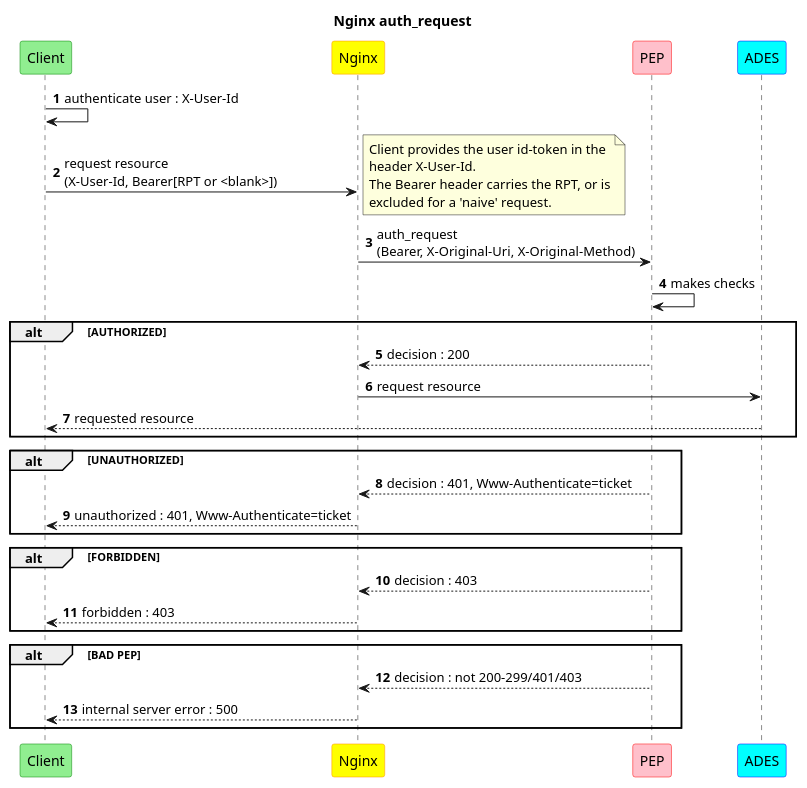
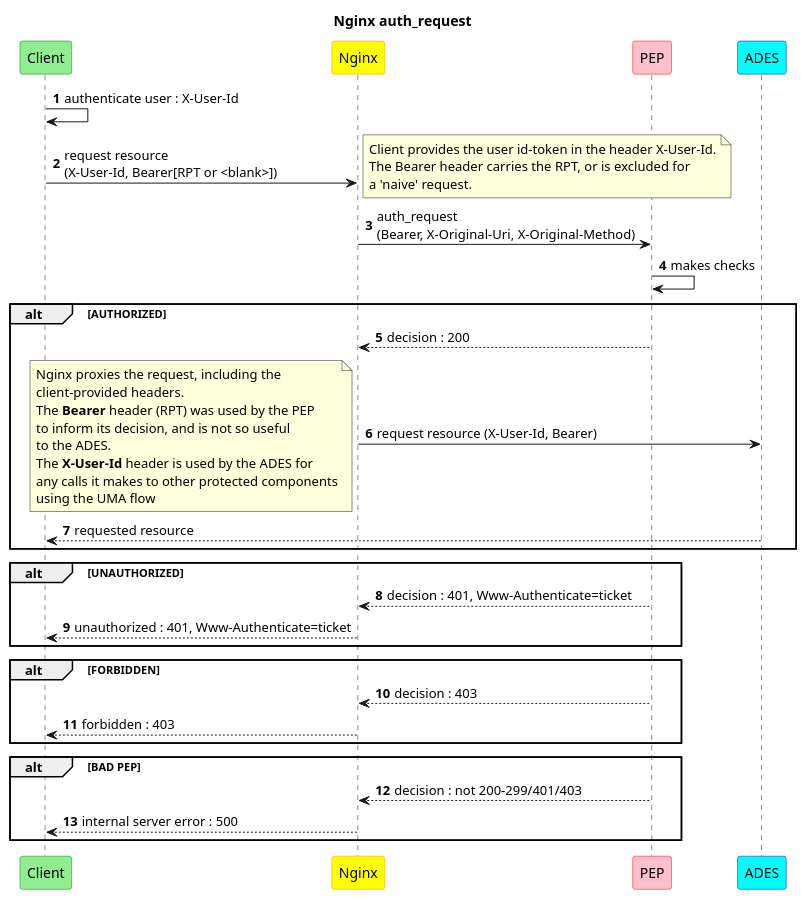
The diagram in uml/nginx-auth_request-seq.puml (rconway/peptest), drawn with PlantUML before and after one commit. The commit also changed 1 other file, not shown here.

Commit message:
Update notes for sequence diagram

```diff
--- a/uml/nginx-auth_request-seq.puml
+++ b/uml/nginx-auth_request-seq.puml
@@ -1,61 +1,70 @@
 @startuml
 title Nginx auth_request
 
 hide stereotype
 
 skinparam participant<<client>> {
   BackgroundColor LightGreen
   BorderColor Green
 }
 skinparam participant<<nginx>> {
   BackgroundColor Yellow
   BorderColor DarkOrange
 }
 skinparam participant<<pep>> {
   BackgroundColor Pink
   BorderColor Red
 }
 skinparam participant<<ades>> {
   BackgroundColor Cyan
   BorderColor Blue
 }
 
 participant "Client" as client<<client>> order 10
 participant "Nginx" as nginx<<nginx>> order 20
 participant "PEP" as pep<<pep>> order 30
 participant "ADES" as ades<<ades>> order 40
 
 autonumber
 client -> client : authenticate user : X-User-Id
 client -> nginx : request resource\n(X-User-Id, Bearer[RPT or <blank>])
 note right
-Client provides the user id-token in the
-header X-User-Id.
-The Bearer header carries the RPT, or is
-excluded for a 'naive' request.
+Client provides the user id-token in the header X-User-Id.
+The Bearer header carries the RPT, or is excluded for
+a 'naive' request.
 end note
 nginx -> pep : auth_request\n(Bearer, X-Original-Uri, X-Original-Method)
 pep -> pep : makes checks
 
 alt AUTHORIZED
   nginx <-- pep : decision : 200
-  nginx -> ades : request resource
+  nginx -> ades : request resource (X-User-Id, Bearer)
+  note left
+  Nginx proxies the request, including the
+  client-provided headers.
+  The **Bearer** header (RPT) was used by the PEP
+  to inform its decision, and is not so useful
+  to the ADES.
+  The **X-User-Id** header is used by the ADES for
+  any calls it makes to other protected components
+  using the UMA flow
+  end note
   client <-- ades : requested resource
 end
 
 alt UNAUTHORIZED
   nginx <-- pep : decision : 401, Www-Authenticate=ticket
   client <-- nginx : unauthorized : 401, Www-Authenticate=ticket
 end
 
 alt FORBIDDEN
   nginx <-- pep : decision : 403
   client <-- nginx : forbidden : 403
 end
 
 alt BAD PEP
   nginx <-- pep : decision : not 200-299/401/403
   client <-- nginx : internal server error : 500
 end
 
 @enduml
```
